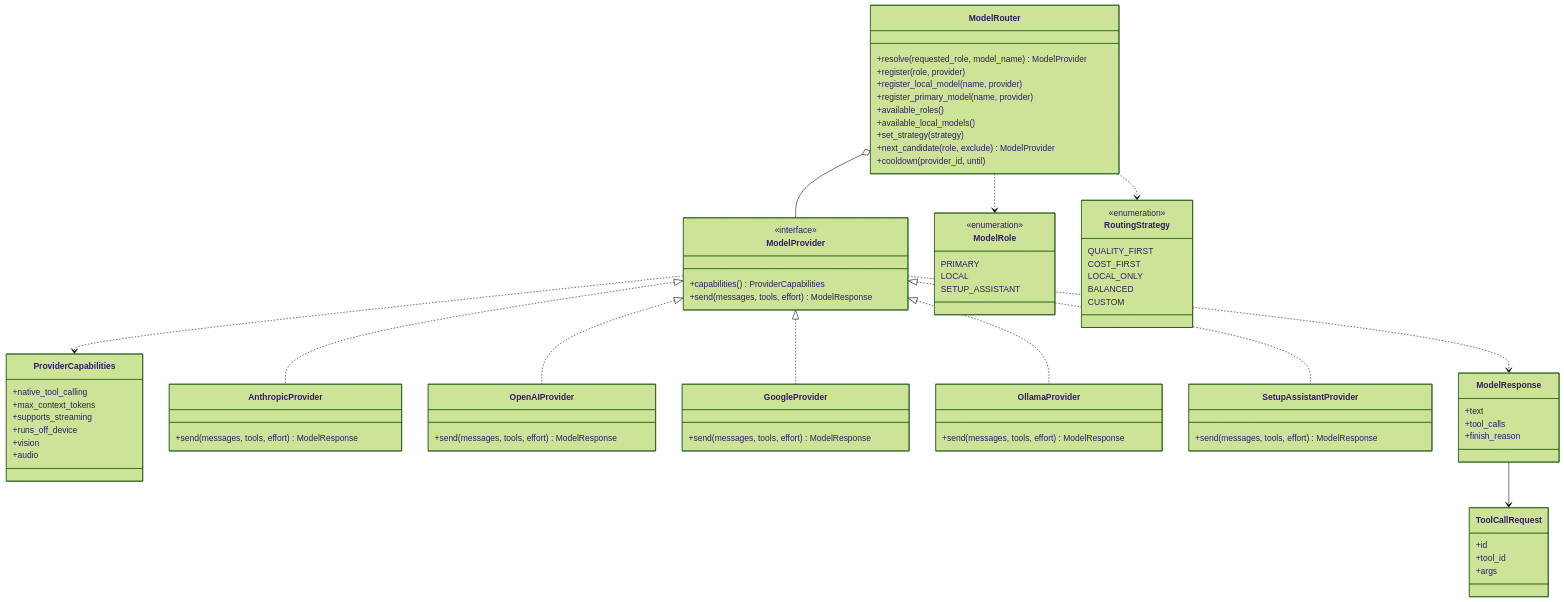
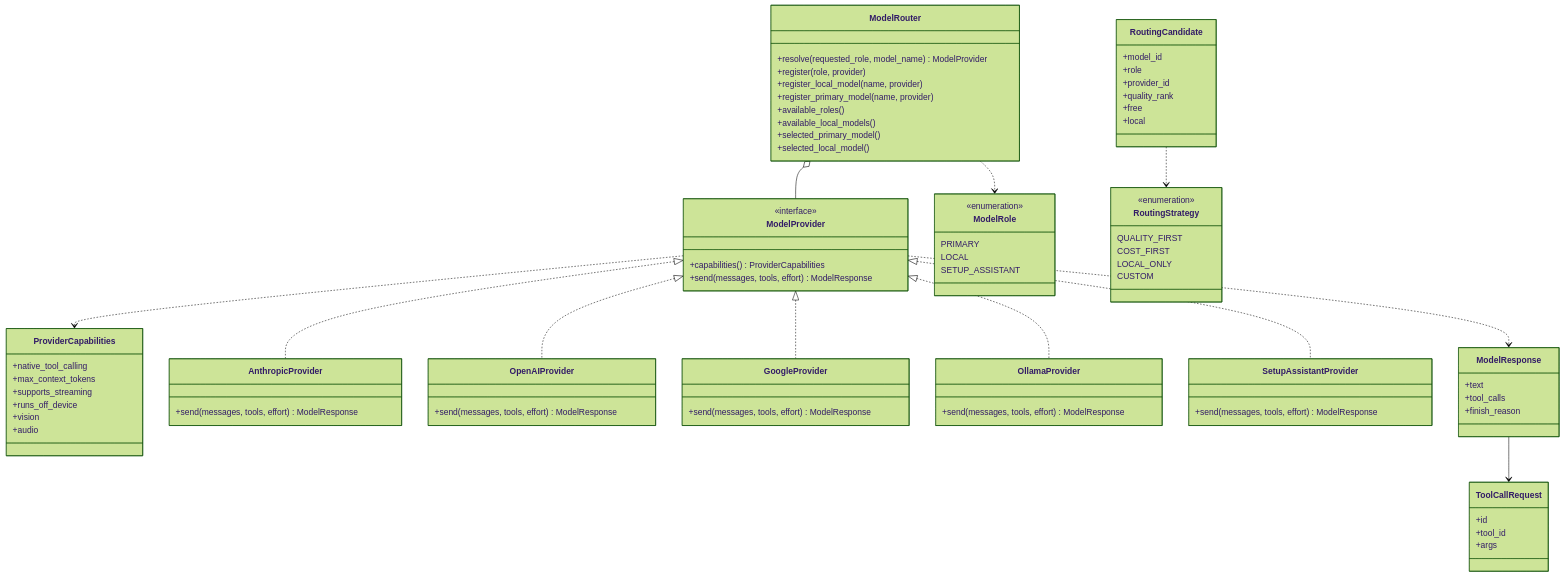
One commit to N041M/Addison changed the fourth of 5 diagrams in docs/classes.md. Above: the diagram before and after it, drawn with Mermaid (forest theme). The commit also changed other lines of this file and 5 other files, not shown here.

First line of the commit message:
Docs pass: fix broken/overlapping mermaid, retire stale claims, de-brochure the prose

````diff
--- a/docs/classes.md
+++ b/docs/classes.md
@@ -329,8 +335,15 @@
         QUALITY_FIRST
         COST_FIRST
         LOCAL_ONLY
-        BALANCED
         CUSTOM
+    }
+    class RoutingCandidate {
+        +model_id
+        +role
+        +provider_id
+        +quality_rank
+        +free
+        +local
     }
     class ModelRouter {
         +resolve(requested_role, model_name) ModelProvider
@@ -339,9 +352,8 @@
         +register_primary_model(name, provider)
         +available_roles()
         +available_local_models()
-        +set_strategy(strategy)
-        +next_candidate(role, exclude) ModelProvider
-        +cooldown(provider_id, until)
+        +selected_primary_model()
+        +selected_local_model()
     }
     class ModelResponse {
         +text
@@ -364,5 +376,5 @@
     ModelResponse --> ToolCallRequest
     ModelRouter o-- ModelProvider
     ModelRouter ..> ModelRole
-    ModelRouter ..> RoutingStrategy
+    RoutingCandidate ..> RoutingStrategy
 ```
````
